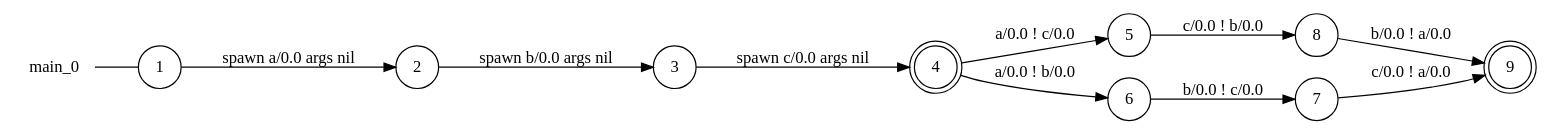
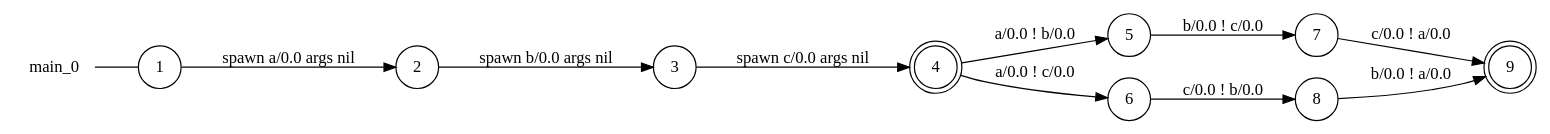
One commit to gabrielegenovese/chorer changed the diagram in examples/if-cases/main_0_local_view.dot. Above: the diagram before and after it, drawn with Graphviz. The commit also changed 203 other files, not shown here.

```diff
--- a/examples/if-cases/main_0_local_view.dot
+++ b/examples/if-cases/main_0_local_view.dot
@@ -1,24 +1,24 @@
 digraph main_0 {
 	rankdir="LR";
 	n_0 [label="main_0", shape="plaintext"];
-	n_1 [id="9", shape=circle, label="5"];
-	n_2 [id="1", shape=circle, label="1"];
-	n_0 -> n_2 [arrowhead=none];
-	n_3 [id="7", shape=doublecircle, label="4"];
-	n_4 [id="4", shape=circle, label="8"];
-	n_5 [id="6", shape=circle, label="7"];
-	n_6 [id="3", shape=circle, label="2"];
-	n_7 [id="2", shape=doublecircle, label="9"];
-	n_8 [id="10", shape=circle, label="3"];
-	n_9 [id="5", shape=circle, label="6"];
+	n_1 [id="9", shape=doublecircle, label="9"];
+	n_2 [id="4", shape=doublecircle, label="4"];
+	n_3 [id="3", shape=circle, label="3"];
+	n_4 [id="2", shape=circle, label="2"];
+	n_5 [id="5", shape=circle, label="5"];
+	n_6 [id="8", shape=circle, label="8"];
+	n_7 [id="1", shape=circle, label="1"];
+	n_0 -> n_7 [arrowhead=none];
+	n_8 [id="7", shape=circle, label="7"];
+	n_9 [id="6", shape=circle, label="6"];
 
-	n_6 -> n_8 [id="[$e|6]", label="spawn b/0.0 args nil"];
-	n_3 -> n_1 [id="[$e|8]", label="a/0.0 ! c/0.0"];
-	n_3 -> n_9 [id="[$e|0]", label="a/0.0 ! b/0.0"];
-	n_4 -> n_7 [id="[$e|9]", label="b/0.0 ! a/0.0"];
-	n_5 -> n_7 [id="[$e|4]", label="c/0.0 ! a/0.0"];
-	n_2 -> n_6 [id="[$e|5]", label="spawn a/0.0 args nil"];
-	n_1 -> n_4 [id="[$e|1]", label="c/0.0 ! b/0.0"];
-	n_8 -> n_3 [id="[$e|3]", label="spawn c/0.0 args nil"];
-	n_9 -> n_5 [id="[$e|2]", label="b/0.0 ! c/0.0"];
+	n_2 -> n_5 [id="[$e|3]", label="a/0.0 ! b/0.0"];
+	n_6 -> n_1 [id="[$e|9]", label="b/0.0 ! a/0.0"];
+	n_3 -> n_2 [id="[$e|2]", label="spawn c/0.0 args nil"];
+	n_2 -> n_9 [id="[$e|4]", label="a/0.0 ! c/0.0"];
+	n_9 -> n_6 [id="[$e|6]", label="c/0.0 ! b/0.0"];
+	n_4 -> n_3 [id="[$e|1]", label="spawn b/0.0 args nil"];
+	n_7 -> n_4 [id="[$e|0]", label="spawn a/0.0 args nil"];
+	n_5 -> n_8 [id="[$e|5]", label="b/0.0 ! c/0.0"];
+	n_8 -> n_1 [id="[$e|7]", label="c/0.0 ! a/0.0"];
 }
```
